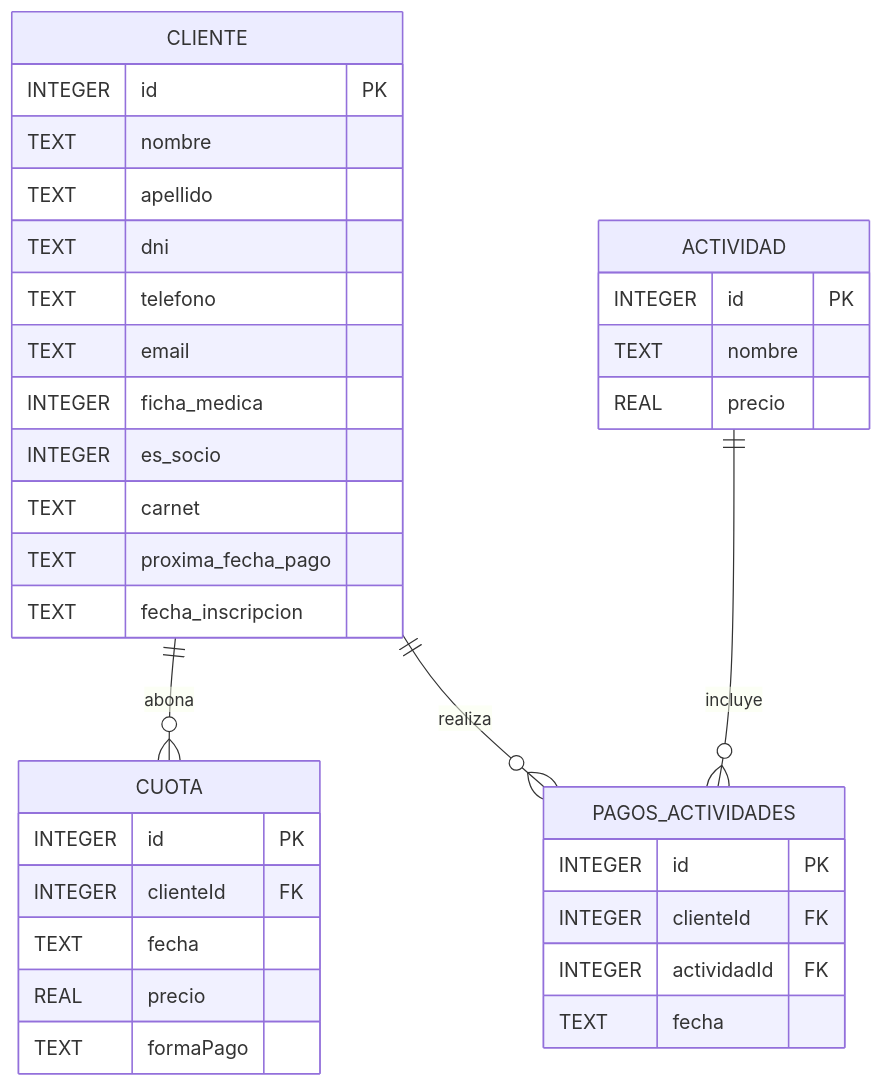
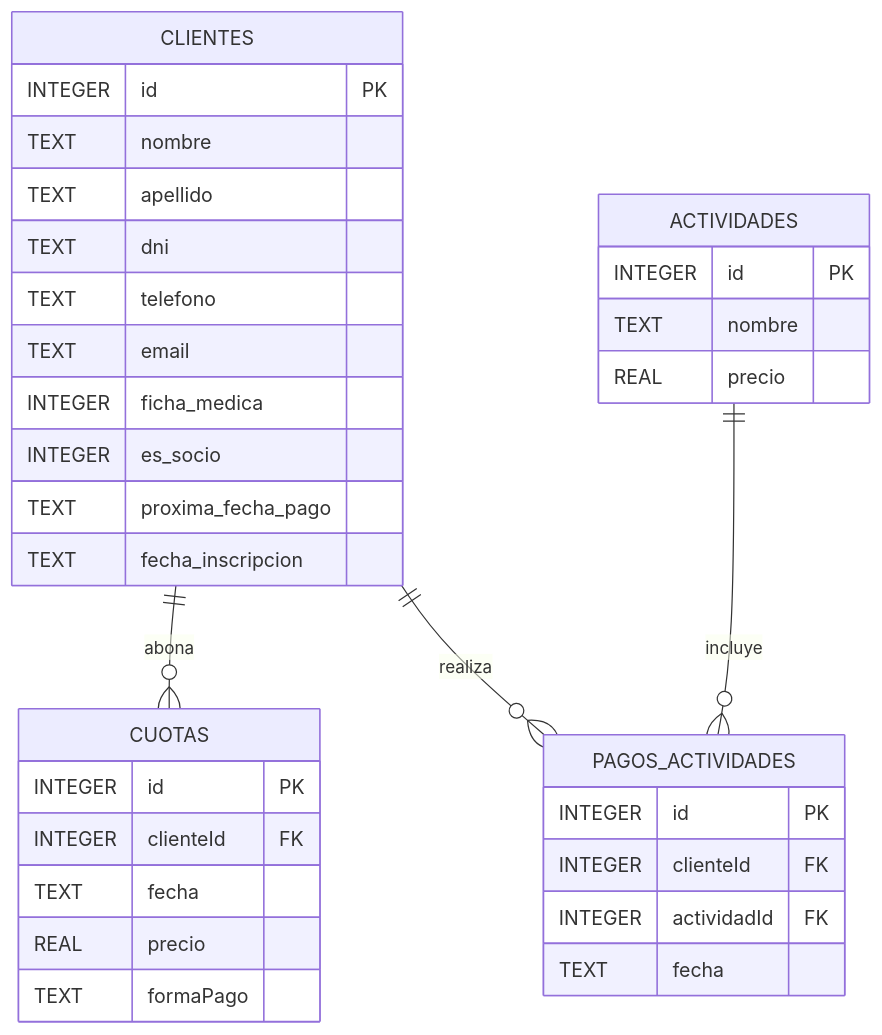
The diagram in README.md (Maricroma/ClubDeportivoVictoria), drawn with Mermaid before and after one commit.

Commit message:
Update entity names in mermaid diagram in README

````diff
--- a/README.md
+++ b/README.md
@@ -43,42 +43,41 @@
 ```mermaid
 erDiagram
 
-    CLIENTE {
+    CLIENTES {
         INTEGER id PK
         TEXT nombre
         TEXT apellido
         TEXT dni
         TEXT telefono
         TEXT email
         INTEGER ficha_medica
         INTEGER es_socio
-        TEXT carnet
         TEXT proxima_fecha_pago
         TEXT fecha_inscripcion
     }
 
-    CUOTA {
+    CUOTAS {
         INTEGER id PK
         INTEGER clienteId FK
         TEXT fecha
         REAL precio
         TEXT formaPago
     }
 
-    ACTIVIDAD {
+    ACTIVIDADES {
         INTEGER id PK
         TEXT nombre
         REAL precio
     }
 
     PAGOS_ACTIVIDADES {
         INTEGER id PK
         INTEGER clienteId FK
         INTEGER actividadId FK
         TEXT fecha
     }
 
-    CLIENTE ||--o{ CUOTA : abona
-    CLIENTE ||--o{ PAGOS_ACTIVIDADES : realiza
-    ACTIVIDAD ||--o{ PAGOS_ACTIVIDADES : incluye
+    CLIENTES ||--o{ CUOTAS : abona
+    CLIENTES ||--o{ PAGOS_ACTIVIDADES : realiza
+    ACTIVIDADES ||--o{ PAGOS_ACTIVIDADES : incluye
 ```
````
